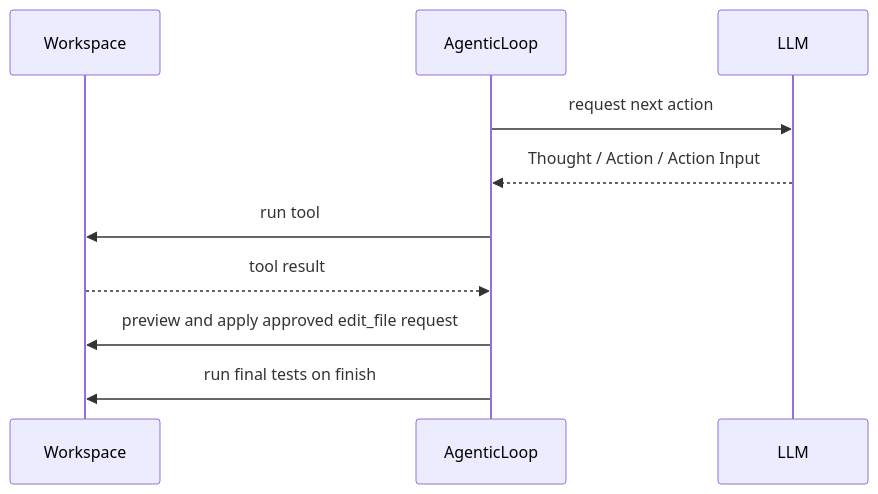
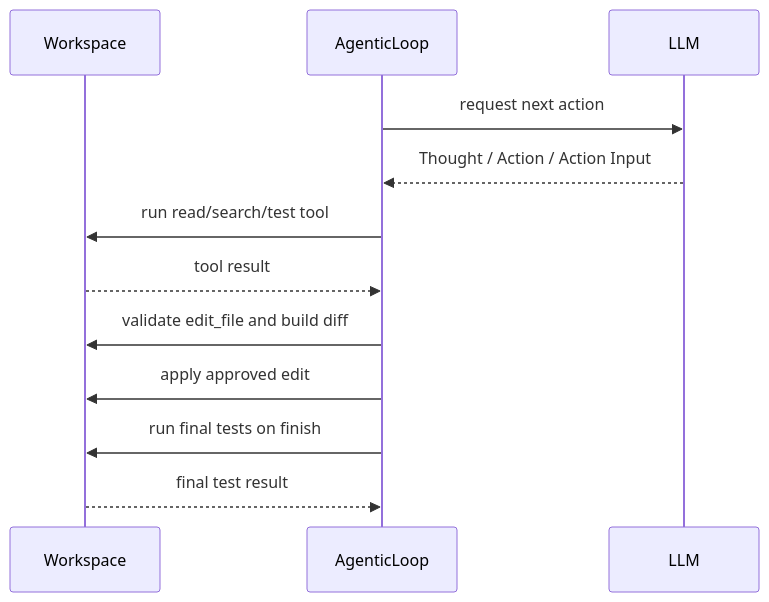
Before and after one commit to mtov/ark: the first of 2 diagrams in README.md, drawn with Mermaid. The commit also changed other lines of this file, not shown here.

Commit message:
docs: document transactional edit workflow

````diff
--- a/README.md
+++ b/README.md
@@ -196,13 +284,15 @@
 ```mermaid
 sequenceDiagram
     participant Workspace as Workspace
     participant AgentLoop as AgenticLoop
     participant Model as LLM
 
     AgentLoop->>Model: request next action
     Model-->>AgentLoop: Thought / Action / Action Input
-    AgentLoop->>Workspace: run tool
+    AgentLoop->>Workspace: run read/search/test tool
     Workspace-->>AgentLoop: tool result
-    AgentLoop->>Workspace: preview and apply approved edit_file request
+    AgentLoop->>Workspace: validate edit_file and build diff
+    AgentLoop->>Workspace: apply approved edit
     AgentLoop->>Workspace: run final tests on finish
+    Workspace-->>AgentLoop: final test result
 ```
````
